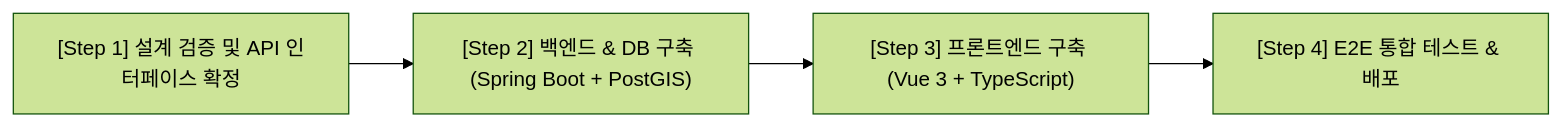
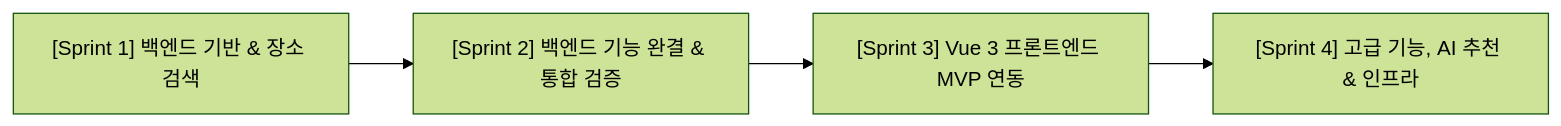
Before and after one commit to juwooseong/pet-friendly: the diagram in docs/ROADMAP.md, drawn with Mermaid (forest theme). The commit also changed other lines of this file and 3 other files, not shown here.

First line of the commit message:
docs: Sprint 로드맵 재구성 (Sprint 2 백엔드 완결 ➔ Sprint 3 Vue3 프론트엔드 MVP ➔ Sprint 4 AI/인프라) 반영

````diff
--- a/docs/ROADMAP.md
+++ b/docs/ROADMAP.md
@@ -39,6 +29,6 @@
 ```mermaid
 flowchart LR
-    Step1["[Step 1] 설계 검증 및 API 인터페이스 확정"] --> Step2["[Step 2] 백엔드 & DB 구축 (Spring Boot + PostGIS)"]
-    Step2 --> Step3["[Step 3] 프론트엔드 구축 (Vue 3 + TypeScript)"]
-    Step3 --> Step4["[Step 4] E2E 통합 테스트 & 배포"]
+    Sprint1["[Sprint 1] 백엔드 기반 & 장소 검색"] --> Sprint2["[Sprint 2] 백엔드 기능 완결 & 통합 검증"]
+    Sprint2 --> Sprint3["[Sprint 3] Vue 3 프론트엔드 MVP 연동"]
+    Sprint3 --> Sprint4["[Sprint 4] 고급 기능, AI 추천 & 인프라"]
 ```
````
